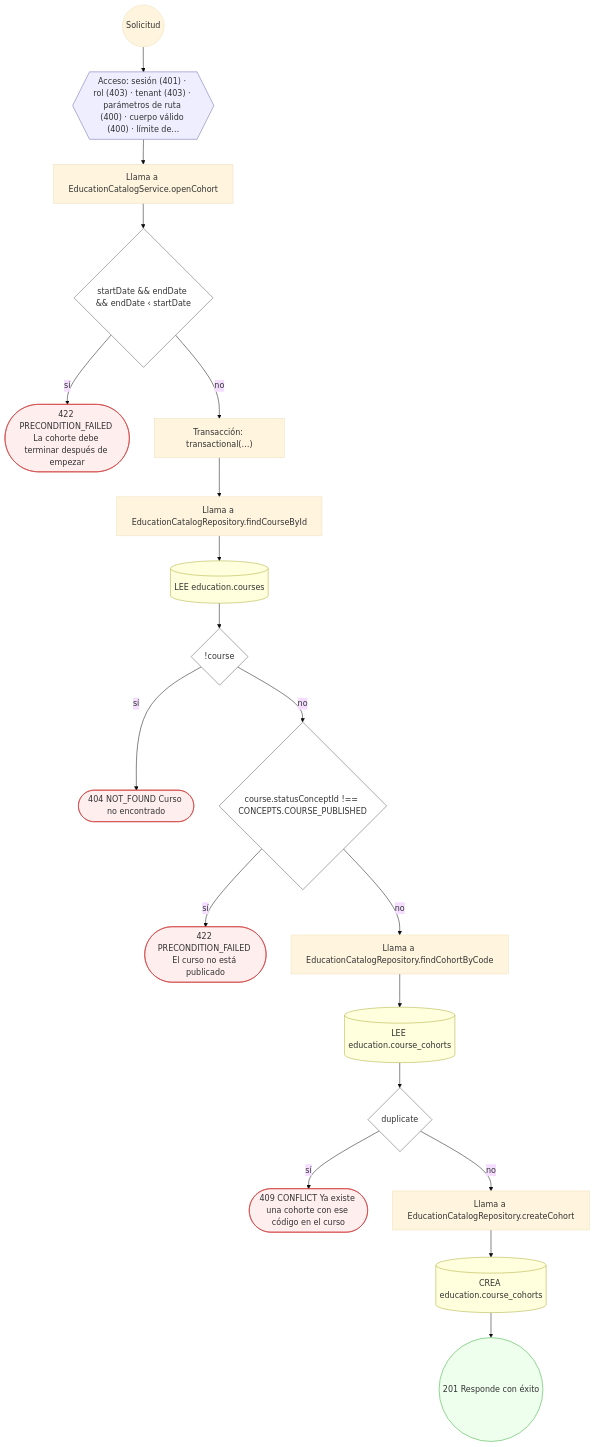
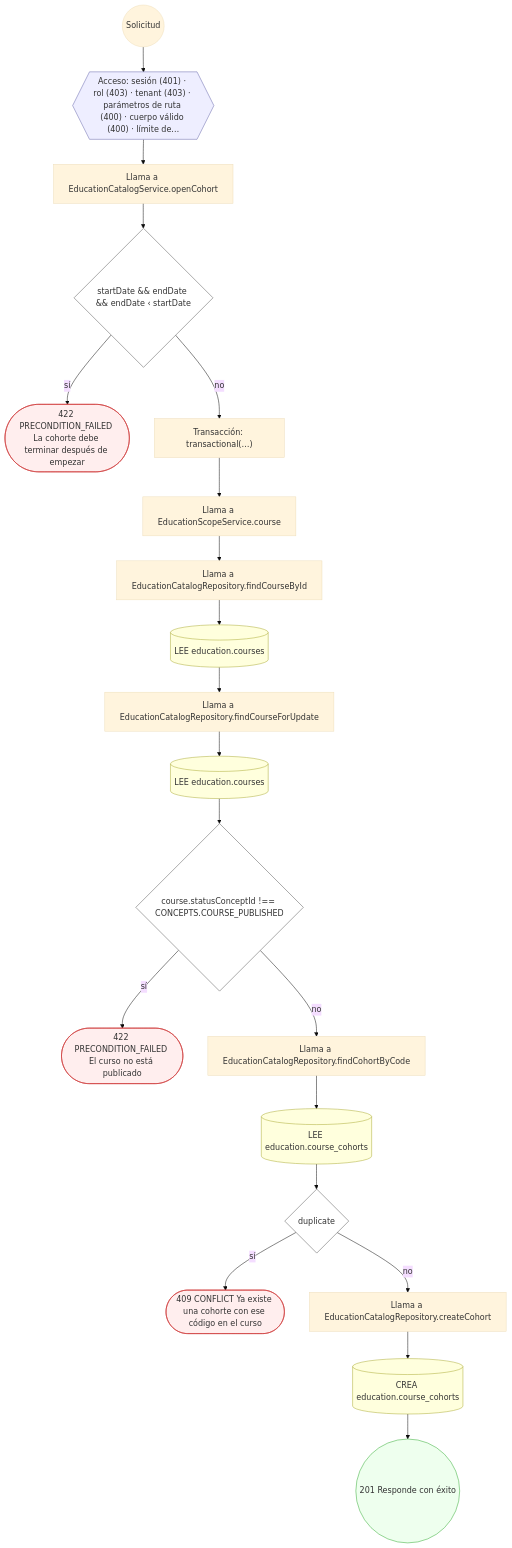
The seventh of 15 diagrams in docs/inventario/flujos/education.md (mdavila-2001/mantra-core-health-api), drawn with Mermaid (base theme) before and after one commit. The commit also changed other lines of this file and 438 other files, not shown here.

````diff
--- a/docs/inventario/flujos/education.md
+++ b/docs/inventario/flujos/education.md
@@ -567,46 +677,48 @@
 ```mermaid
 flowchart TD
   n1(("Solicitud")):::inicio
   n2{{"Acceso: sesión (401) · rol (403) · tenant (403) · parámetros de ruta (400) · cuerpo válido (400) · límite de…"}}:::acceso
   n1 --> n2
   n3["Llama a EducationCatalogService.openCohort"]:::llamada
   n2 --> n3
   n4{"startDate && endDate && endDate ‹ startDate"}:::decision
   n3 --> n4
   n5(["422 PRECONDITION_FAILED La cohorte debe terminar después de empezar"]):::error
   n4 -->|"sí"| n5
   n6["Transacción: transactional(…)"]:::transaccion
   n4 -->|"no"| n6
-  n7["Llama a EducationCatalogRepository.findCourseById"]:::llamada
+  n7["Llama a EducationScopeService.course"]:::llamada
   n6 --> n7
-  n8[("LEE education.courses")]:::efecto
+  n8["Llama a EducationCatalogRepository.findCourseById"]:::llamada
   n7 --> n8
-  n9{"!course"}:::decision
+  n9[("LEE education.courses")]:::efecto
   n8 --> n9
-  n10(["404 NOT_FOUND Curso no encontrado"]):::error
-  n9 -->|"sí"| n10
-  n11{"course.statusConceptId !== CONCEPTS.COURSE_PUBLISHED"}:::decision
-  n9 -->|"no"| n11
-  n12(["422 PRECONDITION_FAILED El curso no está publicado"]):::error
-  n11 -->|"sí"| n12
-  n13["Llama a EducationCatalogRepository.findCohortByCode"]:::llamada
-  n11 -->|"no"| n13
-  n14[("LEE education.course_cohorts")]:::efecto
-  n13 --> n14
-  n15{"duplicate"}:::decision
+  n10["Llama a EducationCatalogRepository.findCourseForUpdate"]:::llamada
+  n9 --> n10
+  n11[("LEE education.courses")]:::efecto
+  n10 --> n11
+  n12{"course.statusConceptId !== CONCEPTS.COURSE_PUBLISHED"}:::decision
+  n11 --> n12
+  n13(["422 PRECONDITION_FAILED El curso no está publicado"]):::error
+  n12 -->|"sí"| n13
+  n14["Llama a EducationCatalogRepository.findCohortByCode"]:::llamada
+  n12 -->|"no"| n14
+  n15[("LEE education.course_cohorts")]:::efecto
   n14 --> n15
-  n16(["409 CONFLICT Ya existe una cohorte con ese código en el curso"]):::error
-  n15 -->|"sí"| n16
-  n17["Llama a EducationCatalogRepository.createCohort"]:::llamada
-  n15 -->|"no"| n17
-  n18[("CREA education.course_cohorts")]:::efecto
-  n17 --> n18
-  n19(("201 Responde con éxito")):::ok
+  n16{"duplicate"}:::decision
+  n15 --> n16
+  n17(["409 CONFLICT Ya existe una cohorte con ese código en el curso"]):::error
+  n16 -->|"sí"| n17
+  n18["Llama a EducationCatalogRepository.createCohort"]:::llamada
+  n16 -->|"no"| n18
+  n19[("CREA education.course_cohorts")]:::efecto
   n18 --> n19
+  n20(("201 Responde con éxito")):::ok
+  n19 --> n20
   classDef acceso fill:#eef,stroke:#66a
   classDef error fill:#fee,stroke:#c33
   classDef ok fill:#efe,stroke:#3a3
   classDef efecto fill:#ffd,stroke:#aa3
   classDef decision fill:#fff,stroke:#555
   classDef corte fill:#eee,stroke:#999,stroke-dasharray: 4
 ```
````
